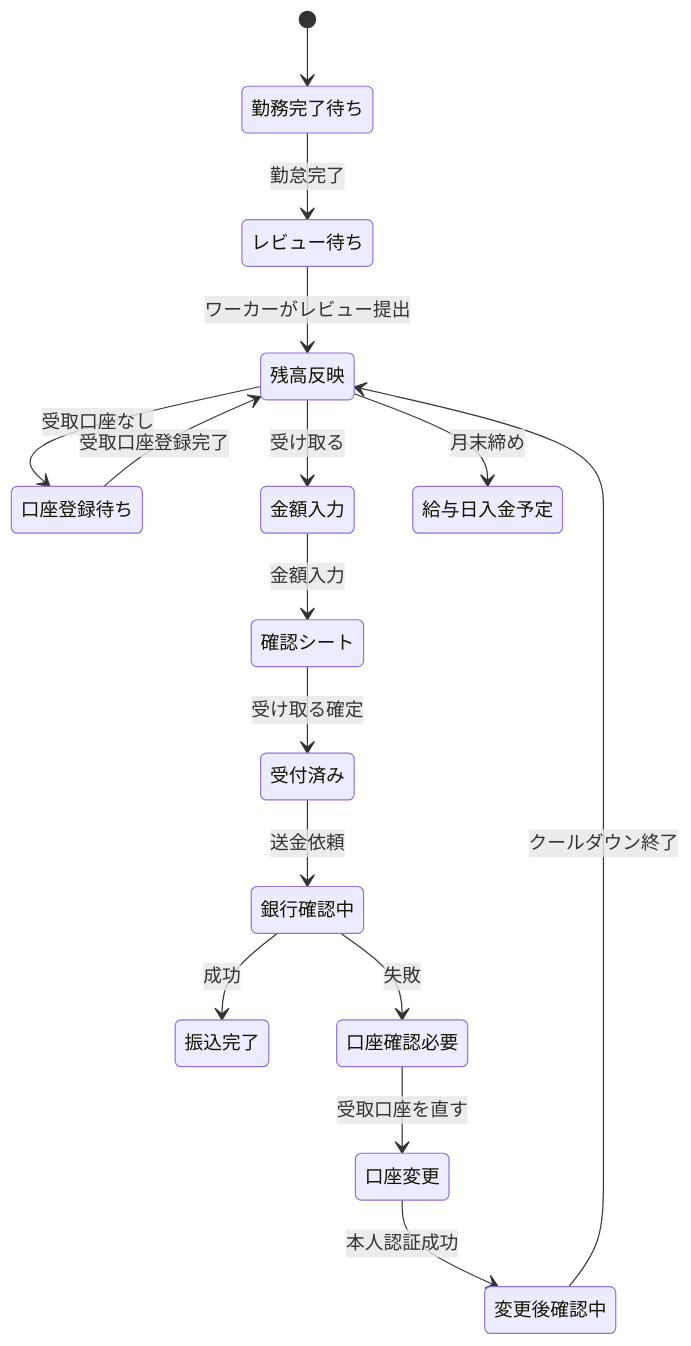
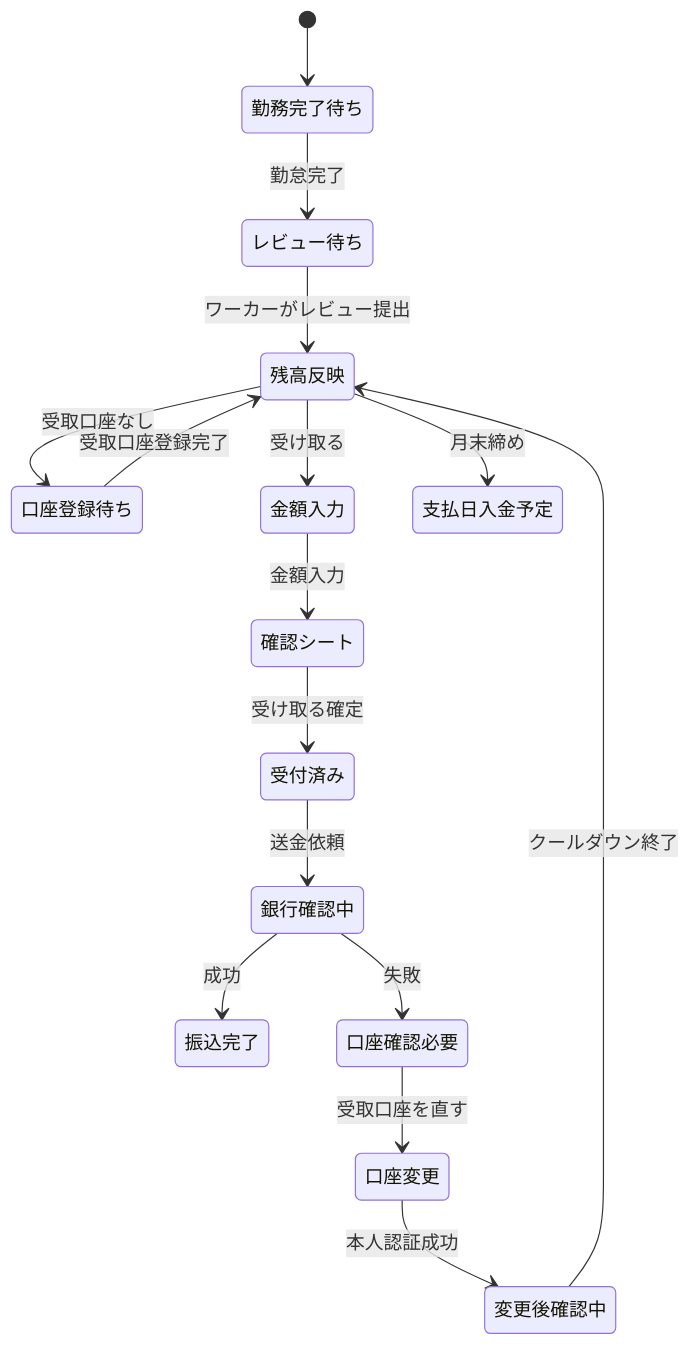
Before and after one commit to ichiro0712-dotcom/share-worker-app: the first of 7 diagrams in docs/hibarai/screen-spec-draft.md, drawn with Mermaid. The commit also changed other lines of this file and 13 other files, not shown here.

````diff
--- a/docs/hibarai/screen-spec-draft.md
+++ b/docs/hibarai/screen-spec-draft.md
@@ -147,18 +147,18 @@
 ```mermaid
 stateDiagram-v2
   [*] --> 勤務完了待ち
   勤務完了待ち --> レビュー待ち: 勤怠完了
   レビュー待ち --> 残高反映: ワーカーがレビュー提出
   残高反映 --> 口座登録待ち: 受取口座なし
   口座登録待ち --> 残高反映: 受取口座登録完了
   残高反映 --> 金額入力: 受け取る
   金額入力 --> 確認シート: 金額入力
   確認シート --> 受付済み: 受け取る確定
   受付済み --> 銀行確認中: 送金依頼
   銀行確認中 --> 振込完了: 成功
   銀行確認中 --> 口座確認必要: 失敗
   口座確認必要 --> 口座変更: 受取口座を直す
   口座変更 --> 変更後確認中: 本人認証成功
   変更後確認中 --> 残高反映: クールダウン終了
-  残高反映 --> 給与日入金予定: 月末締め
+  残高反映 --> 支払日入金予定: 月末締め
 ```
````
